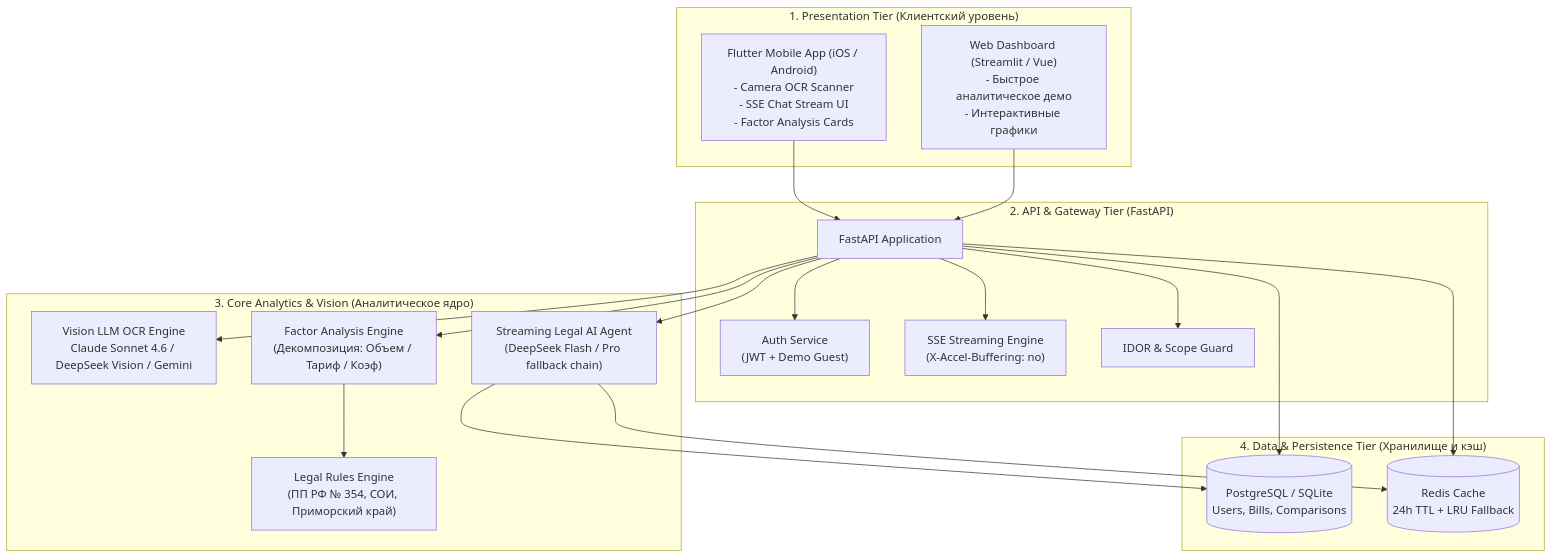
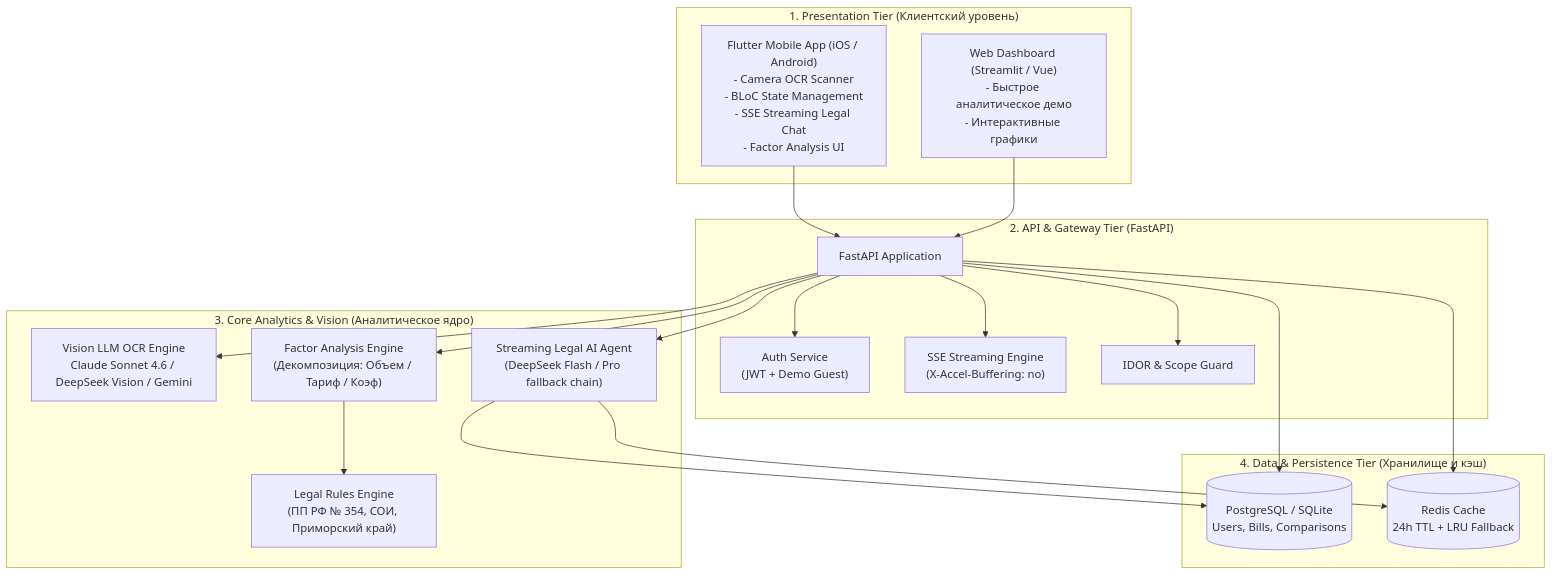
One commit to vladStar223/UtilityLen changed the first of 2 diagrams in README.md. Above: the diagram before and after it, drawn with Mermaid. The commit also changed other lines of this file, not shown here.

Commit message:
docs: add Flutter mobile app architecture and screens to README

````diff
--- a/README.md
+++ b/README.md
@@ -42,40 +43,40 @@
 ```mermaid
 flowchart TD
     subgraph ClientTier ["1. Presentation Tier (Клиентский уровень)"]
-        Mobile["Flutter Mobile App (iOS / Android)<br/>- Camera OCR Scanner<br/>- SSE Chat Stream UI<br/>- Factor Analysis Cards"]
+        Mobile["Flutter Mobile App (iOS / Android)<br/>- Camera OCR Scanner<br/>- BLoC State Management<br/>- SSE Streaming Legal Chat<br/>- Factor Analysis UI"]
         Web["Web Dashboard (Streamlit / Vue)<br/>- Быстрое аналитическое демо<br/>- Интерактивные графики"]
     end
 
     subgraph ApiTier ["2. API & Gateway Tier (FastAPI)"]
         Router["FastAPI Application"]
         Auth["Auth Service<br/>(JWT + Demo Guest)"]
         SSE["SSE Streaming Engine<br/>(X-Accel-Buffering: no)"]
         IDOR["IDOR & Scope Guard"]
     end
 
     subgraph CoreTier ["3. Core Analytics & Vision (Аналитическое ядро)"]
         OCR["Vision LLM OCR Engine<br/>Claude Sonnet 4.6 / DeepSeek Vision / Gemini"]
         FactorEngine["Factor Analysis Engine<br/>(Декомпозиция: Объем / Тариф / Коэф)"]
         RuleEngine["Legal Rules Engine<br/>(ПП РФ № 354, СОИ, Приморский край)"]
         Agent["Streaming Legal AI Agent<br/>(DeepSeek Flash / Pro fallback chain)"]
     end
 
     subgraph DataTier ["4. Data & Persistence Tier (Хранилище и кэш)"]
         DB[("PostgreSQL / SQLite<br/>Users, Bills, Comparisons")]
         RedisCache[("Redis Cache<br/>24h TTL + LRU Fallback")]
     end
 
     Mobile --> Router
     Web --> Router
     Router --> Auth
     Router --> IDOR
     Router --> SSE
     Router --> OCR
     Router --> FactorEngine
     Router --> Agent
     FactorEngine --> RuleEngine
     Agent --> DB
     Agent --> RedisCache
     Router --> DB
     Router --> RedisCache
 ```
````
